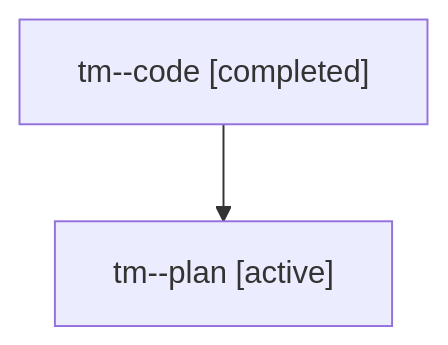
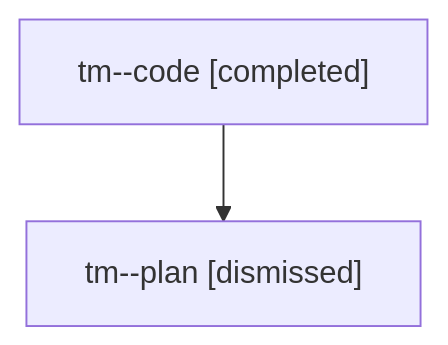
The diagram in sessions/bbugyi200.athena.tm.md (sase-org/sase--agents), drawn with Mermaid before and after one commit. The commit also changed other lines of this file and 18 other files, not shown here.

````diff
--- a/sessions/bbugyi200.athena.tm.md
+++ b/sessions/bbugyi200.athena.tm.md
@@ -9,6 +9,6 @@
 ```mermaid
 flowchart TD
   n0["tm--code [completed]"]
-  n1["tm--plan [active]"]
+  n1["tm--plan [dismissed]"]
   n0 --> n1
 ```
````
